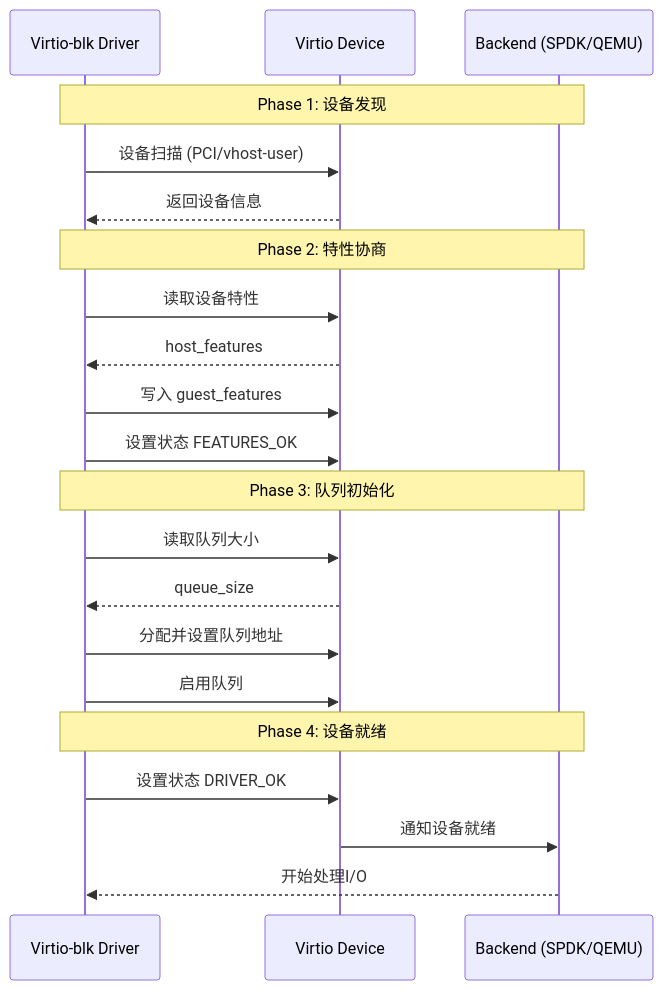
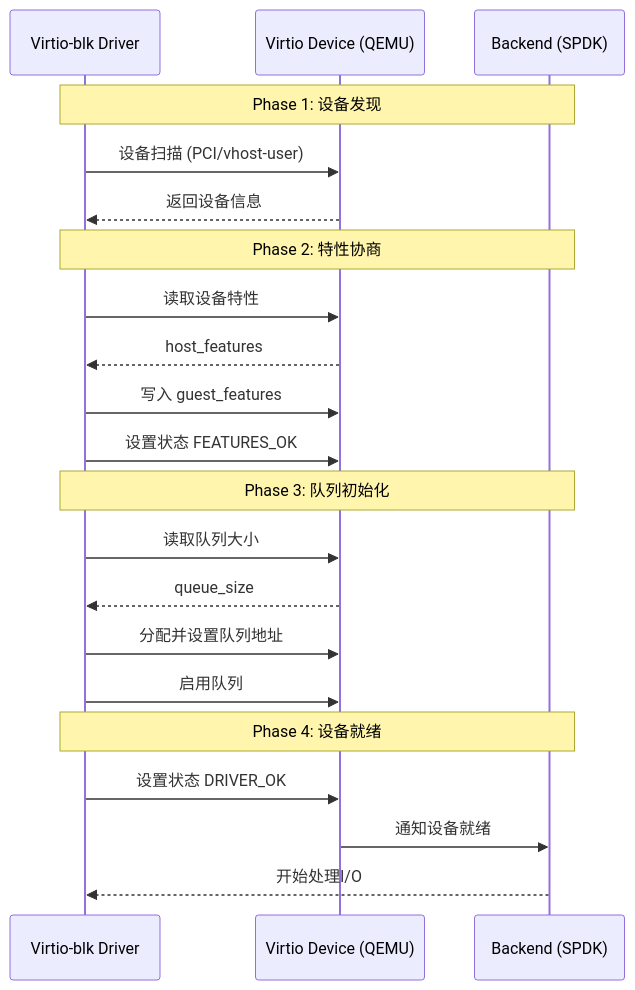
The first of 4 diagrams in AI Infra相关/hardware/virtio-blk协议分析.md (carlvinhust2012/MyStudy), drawn with Mermaid before and after one commit.

Commit message:
update the virtio-blk protocol

````diff
--- a/AI Infra相关/hardware/virtio-blk协议分析.md
+++ b/AI Infra相关/hardware/virtio-blk协议分析.md
@@ -124,27 +124,27 @@
 ```mermaid
 sequenceDiagram
     participant Driver as Virtio-blk Driver
-    participant Device as Virtio Device
-    participant Backend as Backend (SPDK/QEMU)
+    participant Device as Virtio Device (QEMU)
+    participant Backend as Backend (SPDK)
 
     Note over Driver,Backend: Phase 1: 设备发现
     Driver->>Device: 设备扫描 (PCI/vhost-user)
     Device-->>Driver: 返回设备信息
 
     Note over Driver,Backend: Phase 2: 特性协商
     Driver->>Device: 读取设备特性
     Device-->>Driver: host_features
     Driver->>Device: 写入 guest_features
     Driver->>Device: 设置状态 FEATURES_OK
 
     Note over Driver,Backend: Phase 3: 队列初始化
     Driver->>Device: 读取队列大小
     Device-->>Driver: queue_size
     Driver->>Device: 分配并设置队列地址
     Driver->>Device: 启用队列
 
     Note over Driver,Backend: Phase 4: 设备就绪
     Driver->>Device: 设置状态 DRIVER_OK
     Device->>Backend: 通知设备就绪
     Backend-->>Driver: 开始处理I/O
 ```
````
